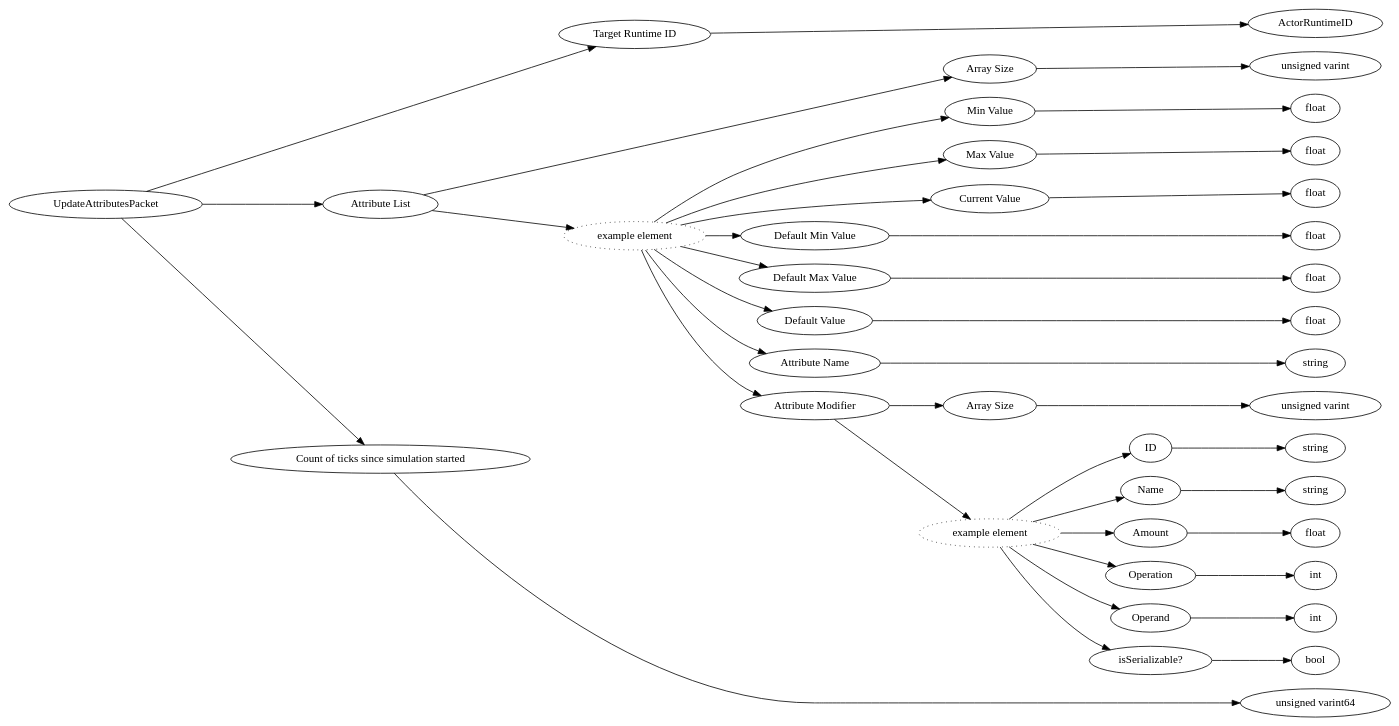
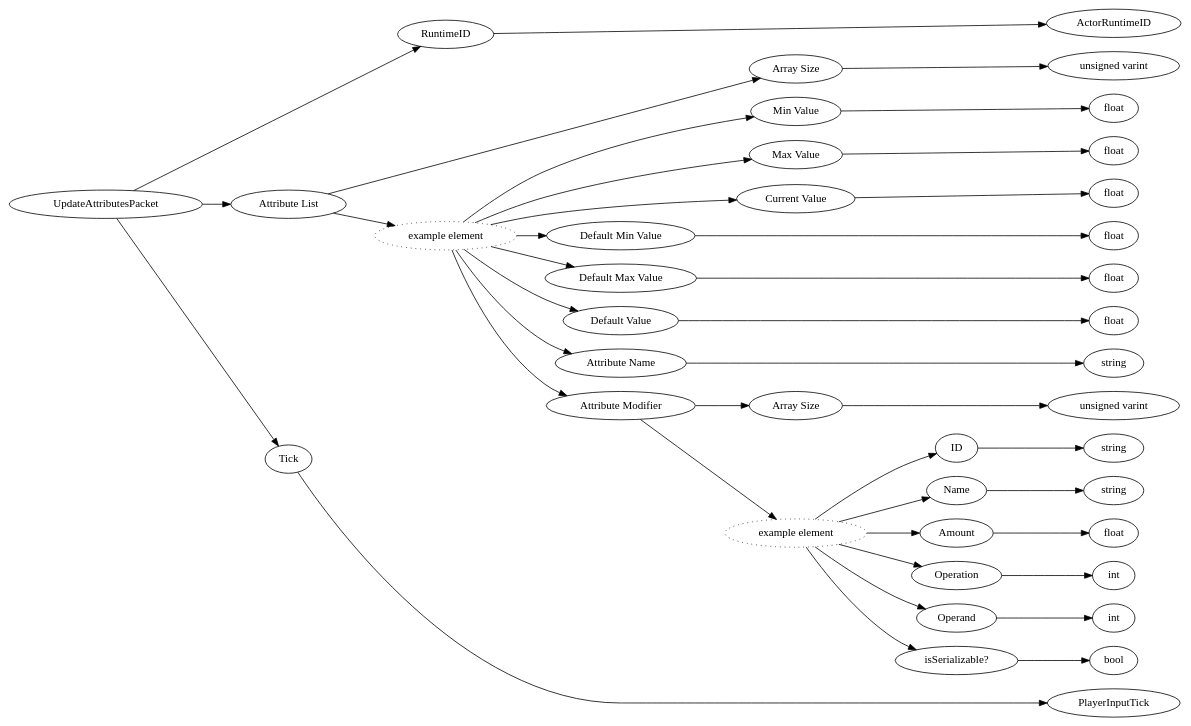
One commit to MiemieMethod/bedrock-docs-generator changed the diagram in assets/protocols/dot/UpdateAttributesPacket.dot. Above: the diagram before and after it, drawn with Graphviz. The commit also changed 286 other files, not shown here.

```diff
--- a/assets/protocols/dot/UpdateAttributesPacket.dot
+++ b/assets/protocols/dot/UpdateAttributesPacket.dot
@@ -1,84 +1,84 @@
 digraph "UpdateAttributesPacket" {
 rankdir = LR
 0
 0 -> 1
 1 -> 2
 0 -> 3
 3 -> 4
 4 -> 5
 3 -> 6
 6 -> 7
 7 -> 8
 6 -> 9
 9 -> 10
 6 -> 11
 11 -> 12
 6 -> 13
 13 -> 14
 6 -> 15
 15 -> 16
 6 -> 17
 17 -> 18
 6 -> 19
 19 -> 20
 6 -> 21
 21 -> 22
 22 -> 23
 21 -> 24
 24 -> 25
 25 -> 26
 24 -> 27
 27 -> 28
 24 -> 29
 29 -> 30
 24 -> 31
 31 -> 32
 24 -> 33
 33 -> 34
 24 -> 35
 35 -> 36
 0 -> 37
 37 -> 38
 
 0 [label="UpdateAttributesPacket",comment="name: \"UpdateAttributesPacket\", typeName: \"\", id: 0, branchId: 29, recurseId: -1, attributes: 0, notes: \"\""];
-1 [label="Target Runtime ID",comment="name: \"Target Runtime ID\", typeName: \"ActorRuntimeID\", id: 1, branchId: 0, recurseId: -1, attributes: 256, notes: \"\""];
+1 [label="RuntimeID",comment="name: \"RuntimeID\", typeName: \"ActorRuntimeID\", id: 1, branchId: 0, recurseId: -1, attributes: 256, notes: \"Target Runtime ID\""];
 2 [label="ActorRuntimeID",comment="name: \"ActorRuntimeID\", typeName: \"\", id: 2, branchId: 0, recurseId: -1, attributes: 512, notes: \"\""];
 3 [label="Attribute List",comment="name: \"Attribute List\", typeName: \"\", id: 3, branchId: 0, recurseId: -1, attributes: 8, notes: \"AttributeData - Helper Struct\""];
 4 [label="Array Size",comment="name: \"Array Size\", typeName: \"\", id: 4, branchId: 0, recurseId: -1, attributes: 0, notes: \"\""];
 5 [label="unsigned varint",comment="name: \"unsigned varint\", typeName: \"\", id: 5, branchId: 0, recurseId: -1, attributes: 512, notes: \"\""];
 6 [label="example element",style=dotted,comment="name: \"example element\", typeName: \"\", id: 6, branchId: 0, recurseId: -1, attributes: 16, notes: \"\""];
 7 [label="Min Value",comment="name: \"Min Value\", typeName: \"\", id: 7, branchId: 0, recurseId: -1, attributes: 0, notes: \"\""];
 8 [label="float",comment="name: \"float\", typeName: \"\", id: 8, branchId: 0, recurseId: -1, attributes: 512, notes: \"\""];
 9 [label="Max Value",comment="name: \"Max Value\", typeName: \"\", id: 9, branchId: 0, recurseId: -1, attributes: 0, notes: \"\""];
 10 [label="float",comment="name: \"float\", typeName: \"\", id: 10, branchId: 0, recurseId: -1, attributes: 512, notes: \"\""];
 11 [label="Current Value",comment="name: \"Current Value\", typeName: \"\", id: 11, branchId: 0, recurseId: -1, attributes: 0, notes: \"\""];
 12 [label="float",comment="name: \"float\", typeName: \"\", id: 12, branchId: 0, recurseId: -1, attributes: 512, notes: \"\""];
 13 [label="Default Min Value",comment="name: \"Default Min Value\", typeName: \"\", id: 13, branchId: 0, recurseId: -1, attributes: 0, notes: \"\""];
 14 [label="float",comment="name: \"float\", typeName: \"\", id: 14, branchId: 0, recurseId: -1, attributes: 512, notes: \"\""];
 15 [label="Default Max Value",comment="name: \"Default Max Value\", typeName: \"\", id: 15, branchId: 0, recurseId: -1, attributes: 0, notes: \"\""];
 16 [label="float",comment="name: \"float\", typeName: \"\", id: 16, branchId: 0, recurseId: -1, attributes: 512, notes: \"\""];
 17 [label="Default Value",comment="name: \"Default Value\", typeName: \"\", id: 17, branchId: 0, recurseId: -1, attributes: 0, notes: \"\""];
 18 [label="float",comment="name: \"float\", typeName: \"\", id: 18, branchId: 0, recurseId: -1, attributes: 512, notes: \"\""];
 19 [label="Attribute Name",comment="name: \"Attribute Name\", typeName: \"\", id: 19, branchId: 0, recurseId: -1, attributes: 0, notes: \"\""];
 20 [label="string",comment="name: \"string\", typeName: \"\", id: 20, branchId: 0, recurseId: -1, attributes: 512, notes: \"\""];
 21 [label="Attribute Modifier",comment="name: \"Attribute Modifier\", typeName: \"\", id: 21, branchId: 0, recurseId: -1, attributes: 8, notes: \"\""];
 22 [label="Array Size",comment="name: \"Array Size\", typeName: \"\", id: 22, branchId: 0, recurseId: -1, attributes: 0, notes: \"\""];
 23 [label="unsigned varint",comment="name: \"unsigned varint\", typeName: \"\", id: 23, branchId: 0, recurseId: -1, attributes: 512, notes: \"\""];
 24 [label="example element",style=dotted,comment="name: \"example element\", typeName: \"\", id: 24, branchId: 0, recurseId: -1, attributes: 16, notes: \"\""];
 25 [label="ID",comment="name: \"ID\", typeName: \"\", id: 25, branchId: 0, recurseId: -1, attributes: 0, notes: \"\""];
 26 [label="string",comment="name: \"string\", typeName: \"\", id: 26, branchId: 0, recurseId: -1, attributes: 512, notes: \"\""];
 27 [label="Name",comment="name: \"Name\", typeName: \"\", id: 27, branchId: 0, recurseId: -1, attributes: 0, notes: \"\""];
 28 [label="string",comment="name: \"string\", typeName: \"\", id: 28, branchId: 0, recurseId: -1, attributes: 512, notes: \"\""];
 29 [label="Amount",comment="name: \"Amount\", typeName: \"\", id: 29, branchId: 0, recurseId: -1, attributes: 0, notes: \"\""];
 30 [label="float",comment="name: \"float\", typeName: \"\", id: 30, branchId: 0, recurseId: -1, attributes: 512, notes: \"\""];
 31 [label="Operation",comment="name: \"Operation\", typeName: \"\", id: 31, branchId: 0, recurseId: -1, attributes: 0, notes: \"\""];
 32 [label="int",comment="name: \"int\", typeName: \"\", id: 32, branchId: 0, recurseId: -1, attributes: 512, notes: \"\""];
 33 [label="Operand",comment="name: \"Operand\", typeName: \"\", id: 33, branchId: 0, recurseId: -1, attributes: 0, notes: \"\""];
 34 [label="int",comment="name: \"int\", typeName: \"\", id: 34, branchId: 0, recurseId: -1, attributes: 512, notes: \"\""];
 35 [label="isSerializable?",comment="name: \"isSerializable?\", typeName: \"\", id: 35, branchId: 0, recurseId: -1, attributes: 0, notes: \"\""];
 36 [label="bool",comment="name: \"bool\", typeName: \"\", id: 36, branchId: 0, recurseId: -1, attributes: 512, notes: \"\""];
-37 [label="Count of ticks since simulation started",comment="name: \"Count of ticks since simulation started\", typeName: \"\", id: 37, branchId: 0, recurseId: -1, attributes: 0, notes: \"\""];
-38 [label="unsigned varint64",comment="name: \"unsigned varint64\", typeName: \"\", id: 38, branchId: 0, recurseId: -1, attributes: 512, notes: \"\""];
+37 [label="Tick",comment="name: \"Tick\", typeName: \"PlayerInputTick\", id: 37, branchId: 0, recurseId: -1, attributes: 256, notes: \"If this packet is referring to the player or a client predicted vehicle they are in control of, this should be the most recently processed PlayerInputTick from their PlayerAuthInputPacket. Otherwise zero.\""];
+38 [label="PlayerInputTick",comment="name: \"PlayerInputTick\", typeName: \"\", id: 38, branchId: 0, recurseId: -1, attributes: 512, notes: \"\""];
 { rank = max;2;5;8;10;12;14;16;18;20;23;26;28;30;32;34;36;38}
 
 }
```
